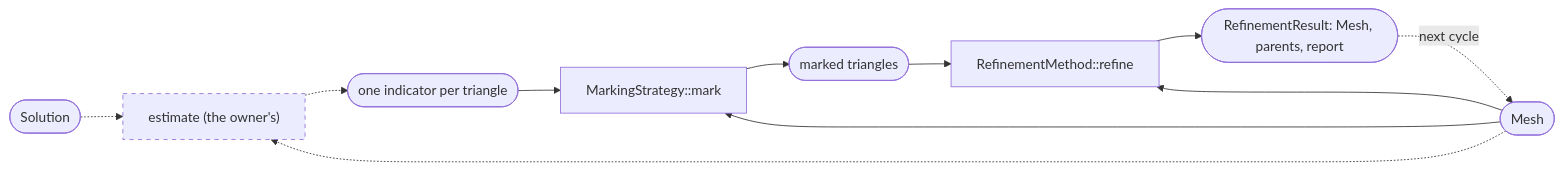
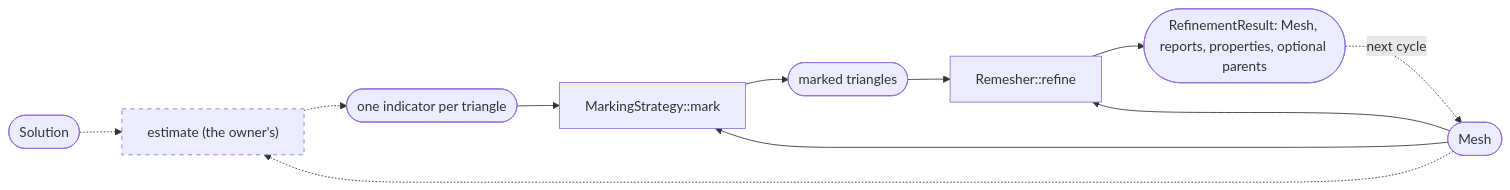
One commit to dmglushko/2d-pde changed diagram 12 of 12 in docs/architecture.md. Above: the diagram before and after it, drawn with Mermaid. The commit also changed other lines of this file and 1 other file, not shown here.

Commit message:
Document shared refiners, Remesher::refine, parents and mesh properties

````diff
--- a/docs/architecture.md
+++ b/docs/architecture.md
@@ -1421,25 +1452,25 @@
 ```mermaid
 flowchart LR
     EST["estimate (the owner's)"]
     MK["MarkingStrategy::mark"]
-    RF["RefinementMethod::refine"]
+    RF["Remesher::refine"]
     SOL([Solution])
     ETA([one indicator per triangle])
     MKD([marked triangles])
     M([Mesh])
-    RR(["RefinementResult: Mesh, parents, report"])
+    RR(["RefinementResult: Mesh, reports, properties, optional parents"])
 
     SOL -.-> EST
     M -.-> EST
     EST -.-> ETA
     ETA --> MK
     M --> MK
     MK --> MKD
     MKD --> RF
     M --> RF
     RF --> RR
     RR -. next cycle .-> M
 
     classDef owner stroke-dasharray: 5 5
     class EST owner
 ```
````
